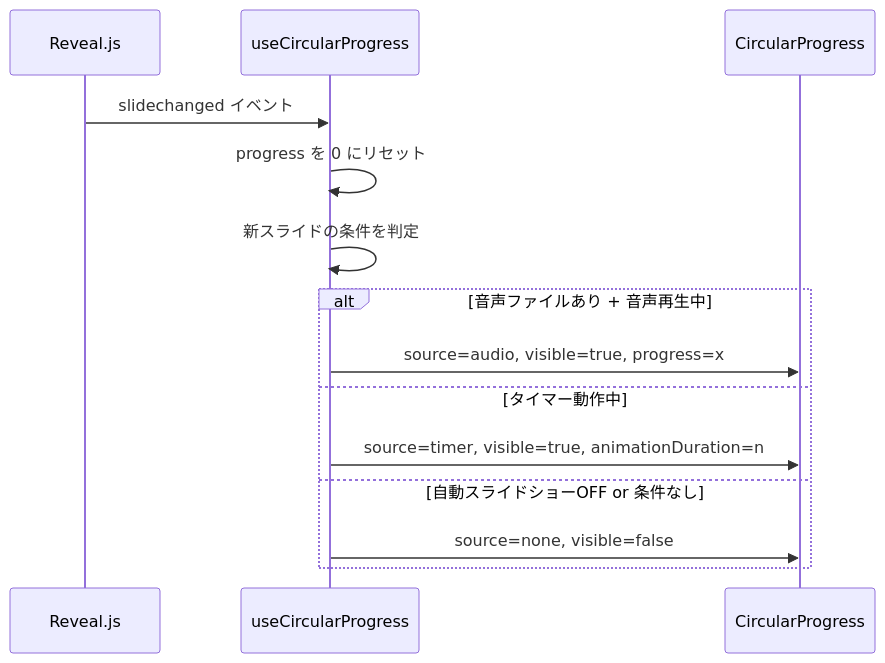
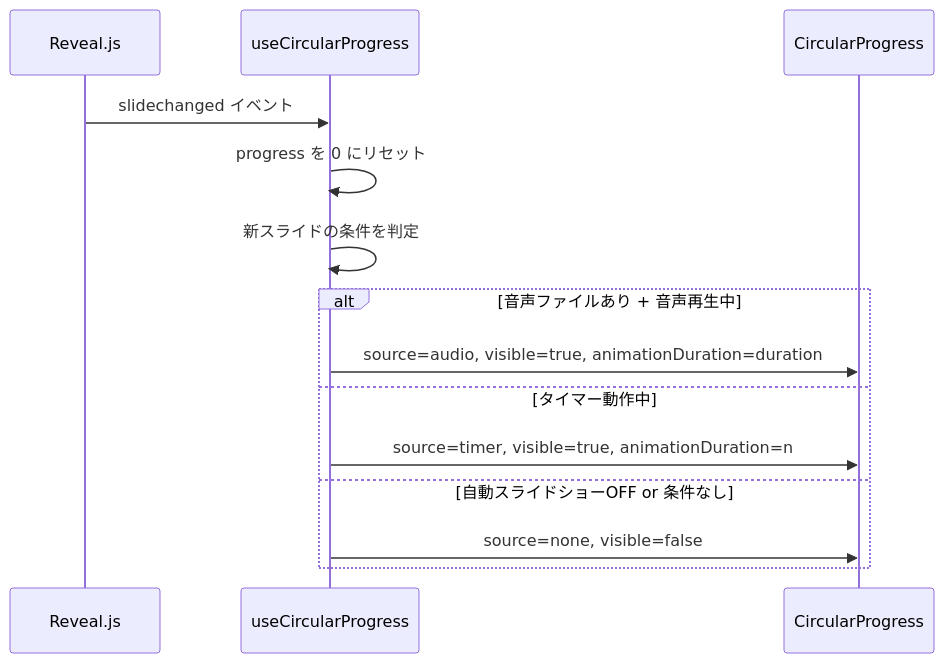
Before and after one commit to ToshikiImagawa/slide-presentation-app: the second of 3 diagrams in .sdd/specification/auto-scroll-progress-bar_spec.md, drawn with Mermaid. The commit also changed other lines of this file and 8 other files, not shown here.

````diff
--- a/.sdd/specification/auto-scroll-progress-bar_spec.md
+++ b/.sdd/specification/auto-scroll-progress-bar_spec.md
@@ -185,16 +185,16 @@
 ```mermaid
 sequenceDiagram
     participant Reveal as Reveal.js
     participant Hook as useCircularProgress
     participant Bar as CircularProgress
     Reveal ->> Hook: slidechanged イベント
     Hook ->> Hook: progress を 0 にリセット
     Hook ->> Hook: 新スライドの条件を判定
     alt 音声ファイルあり + 音声再生中
-        Hook ->> Bar: source=audio, visible=true, progress=x
+        Hook ->> Bar: source=audio, visible=true, animationDuration=duration
     else タイマー動作中
         Hook ->> Bar: source=timer, visible=true, animationDuration=n
     else 自動スライドショーOFF or 条件なし
         Hook ->> Bar: source=none, visible=false
     end
 ```
````
